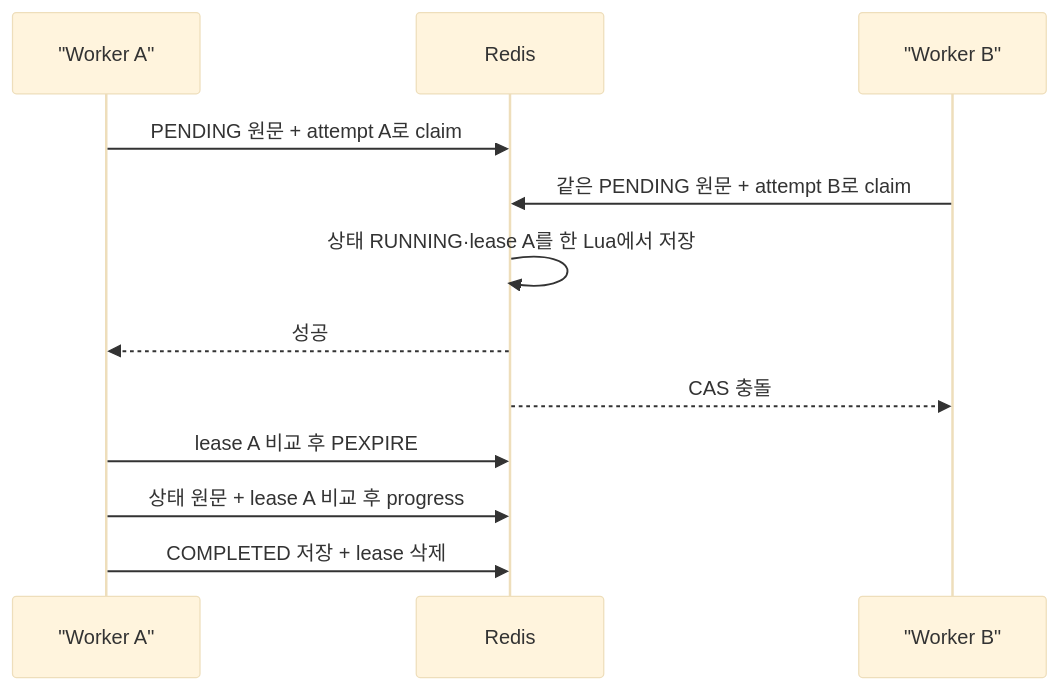
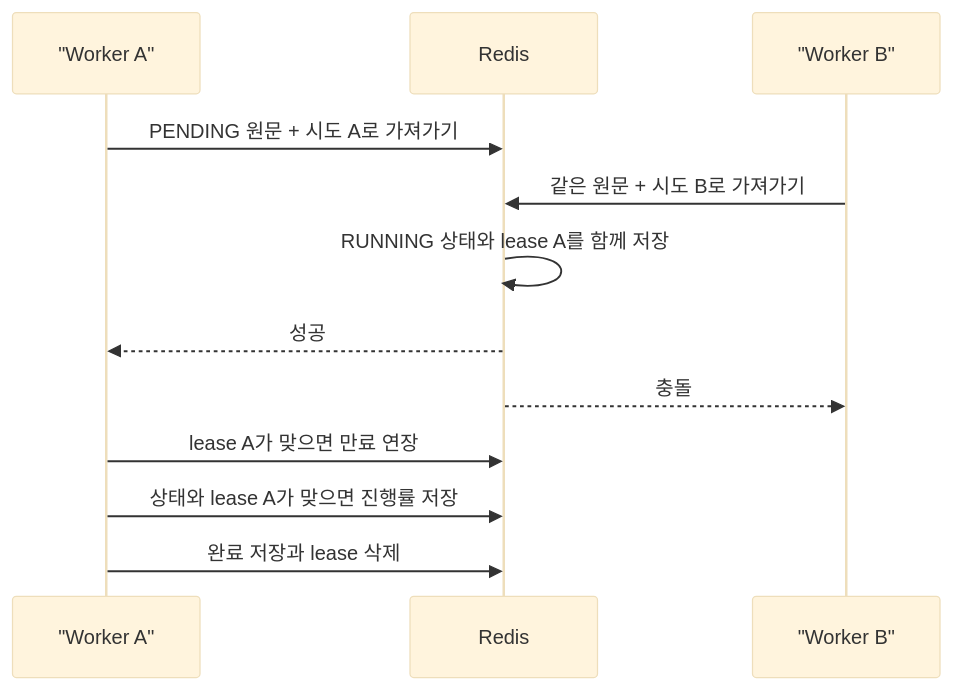
One commit to didim-log/didim-log-BE changed the diagram in DOCS/refactoring/be-refactor/PHASE_6M_A_CRAWLER_WORKER_LEASE.md. Above: the diagram before and after it, drawn with Mermaid (base theme). The commit also changed other lines of this file and 46 other files, not shown here.

````diff
--- a/DOCS/refactoring/be-refactor/PHASE_6M_A_CRAWLER_WORKER_LEASE.md
+++ b/DOCS/refactoring/be-refactor/PHASE_6M_A_CRAWLER_WORKER_LEASE.md
@@ -52,15 +49,15 @@
 ```mermaid
 sequenceDiagram
     participant WorkerA as "Worker A"
     participant Redis
     participant WorkerB as "Worker B"
 
-    WorkerA->>Redis: PENDING 원문 + attempt A로 claim
-    WorkerB->>Redis: 같은 PENDING 원문 + attempt B로 claim
-    Redis->>Redis: 상태 RUNNING·lease A를 한 Lua에서 저장
+    WorkerA->>Redis: PENDING 원문 + 시도 A로 가져가기
+    WorkerB->>Redis: 같은 원문 + 시도 B로 가져가기
+    Redis->>Redis: RUNNING 상태와 lease A를 함께 저장
     Redis-->>WorkerA: 성공
-    Redis-->>WorkerB: CAS 충돌
-    WorkerA->>Redis: lease A 비교 후 PEXPIRE
-    WorkerA->>Redis: 상태 원문 + lease A 비교 후 progress
-    WorkerA->>Redis: COMPLETED 저장 + lease 삭제
+    Redis-->>WorkerB: 충돌
+    WorkerA->>Redis: lease A가 맞으면 만료 연장
+    WorkerA->>Redis: 상태와 lease A가 맞으면 진행률 저장
+    WorkerA->>Redis: 완료 저장과 lease 삭제
 ```
````
